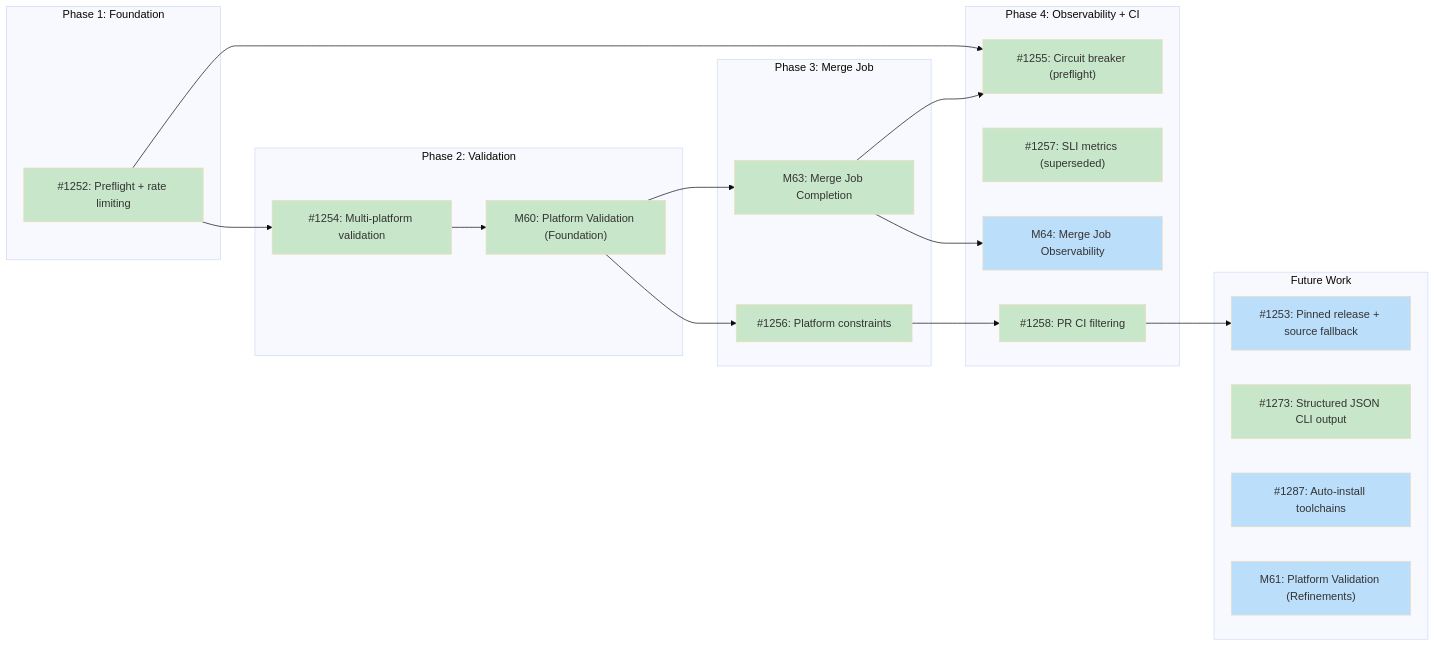
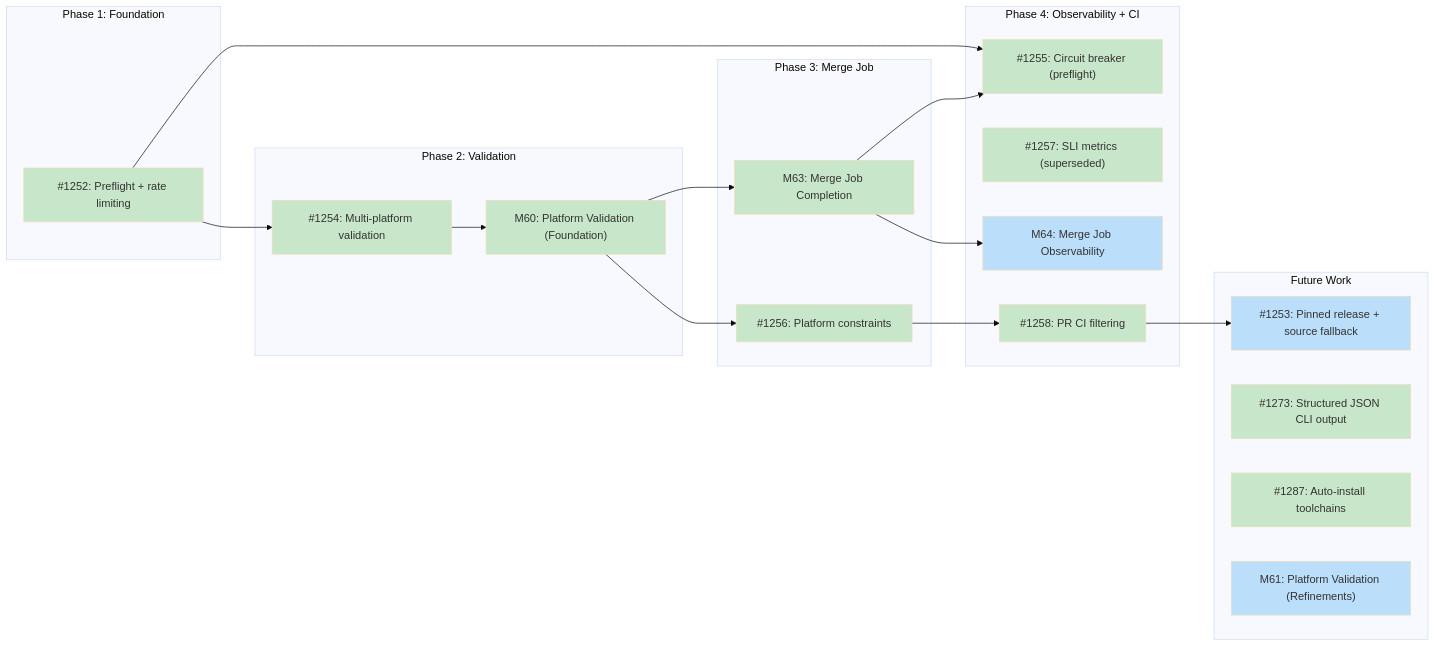
The diagram in docs/designs/DESIGN-batch-recipe-generation.md (tsukumogami/tsuku), drawn with Mermaid (base theme) before and after one commit. The commit also changed other lines of this file and 5 other files, not shown here.

````diff
--- a/docs/designs/DESIGN-batch-recipe-generation.md
+++ b/docs/designs/DESIGN-batch-recipe-generation.md
@@ -34,55 +34,55 @@
 ```mermaid
 graph LR
     subgraph Phase1["Phase 1: Foundation"]
         I1252["#1252: Preflight + rate limiting"]
     end
 
     subgraph Phase2["Phase 2: Validation"]
         I1254["#1254: Multi-platform validation"]
         M60["M60: Platform Validation (Foundation)"]
     end
 
     subgraph Phase3["Phase 3: Merge Job"]
         I1256["#1256: Platform constraints"]
         M63["M63: Merge Job Completion"]
     end
 
     subgraph Phase4["Phase 4: Observability + CI"]
         I1255["#1255: Circuit breaker (preflight)"]
         I1257["#1257: SLI metrics (superseded)"]
         M64["M64: Merge Job Observability"]
         I1258["#1258: PR CI filtering"]
     end
 
     subgraph Future["Future Work"]
         I1253["#1253: Pinned release + source fallback"]
         I1273["#1273: Structured JSON CLI output"]
         I1287["#1287: Auto-install toolchains"]
         M61["M61: Platform Validation (Refinements)"]
     end
 
     I1252 --> I1254
     I1254 --> M60
     M60 --> I1256
     M60 --> M63
     I1256 --> I1258
     I1258 --> I1253
     M63 --> I1255
     I1252 --> I1255
     M63 --> M64
 
     classDef done fill:#c8e6c9
     classDef ready fill:#bbdefb
     classDef blocked fill:#fff9c4
     classDef needsDesign fill:#e1bee7
 
-    class I1254,I1273,I1257 done
+    class I1254,I1273,I1257,I1287 done
     class M60,I1256 done
     class M63 done
     class I1252 done
     class I1255 done
-    class I1287,M61 ready
+    class I1258 done
+    class M61 ready
     class I1253 ready
     class M64 ready
-    class I1258 done
 ```
````
